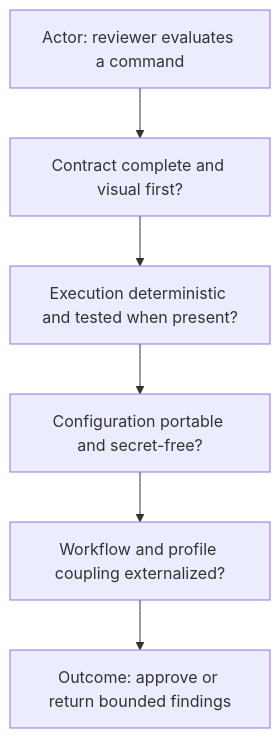
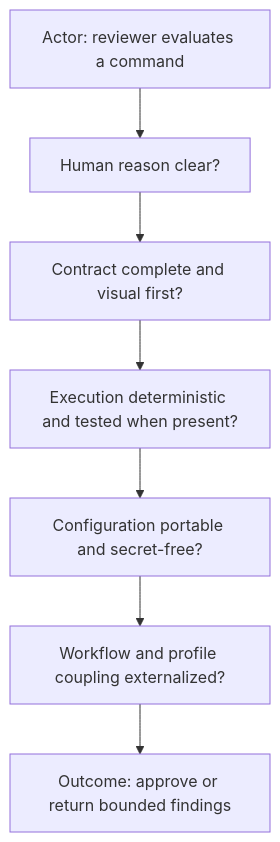
Before and after one commit to starodubtsevconsulting/ai-commands: diagram 16 of 16 in CONTRIBUTING.md, drawn with Mermaid. The commit also changed other lines of this file, not shown here.

Commit message:
Add WHY.md to command folder convention

````diff
--- a/CONTRIBUTING.md
+++ b/CONTRIBUTING.md
@@ -335,9 +361,10 @@
 ```mermaid
 flowchart TD
   Actor["Actor: reviewer evaluates a command"]
-  Actor --> Contract["Contract complete and visual first?"]
+  Actor --> Why["Human reason clear?"]
+  Why --> Contract["Contract complete and visual first?"]
   Contract --> Execution["Execution deterministic and tested when present?"]
   Execution --> Config["Configuration portable and secret-free?"]
   Config --> Boundary["Workflow and profile coupling externalized?"]
   Boundary --> Outcome["Outcome: approve or return bounded findings"]
 ```
````
